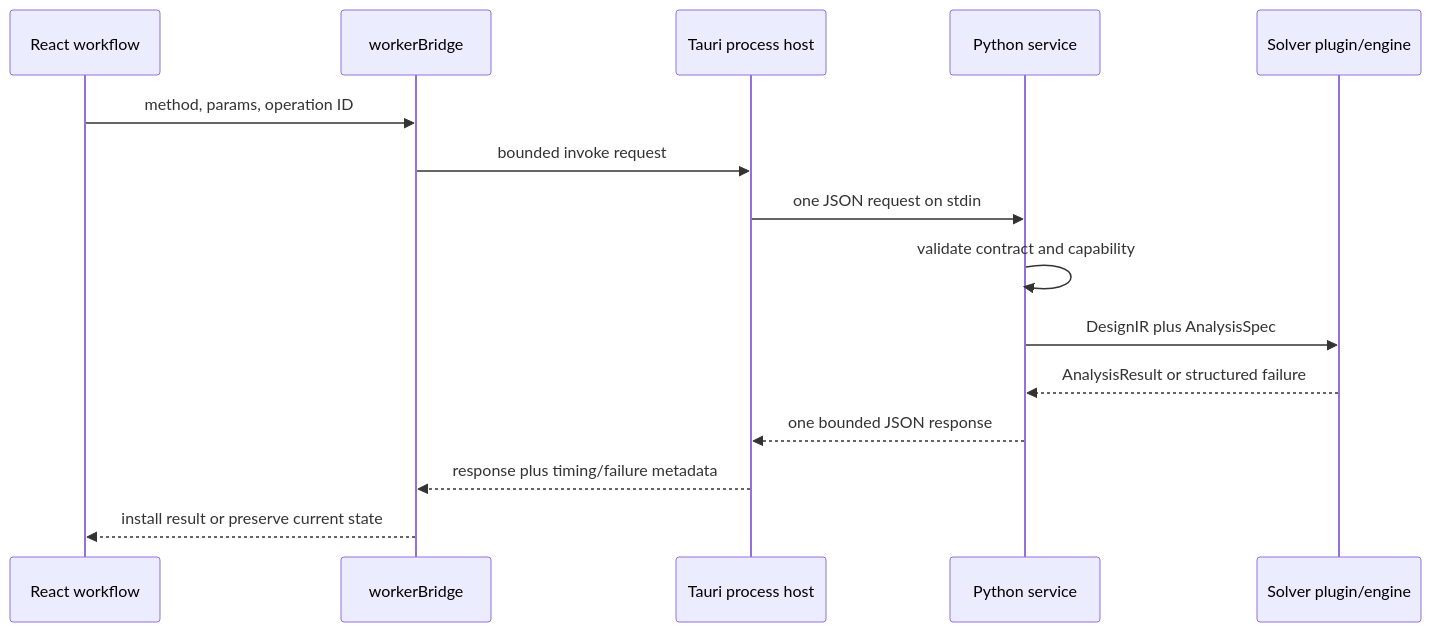
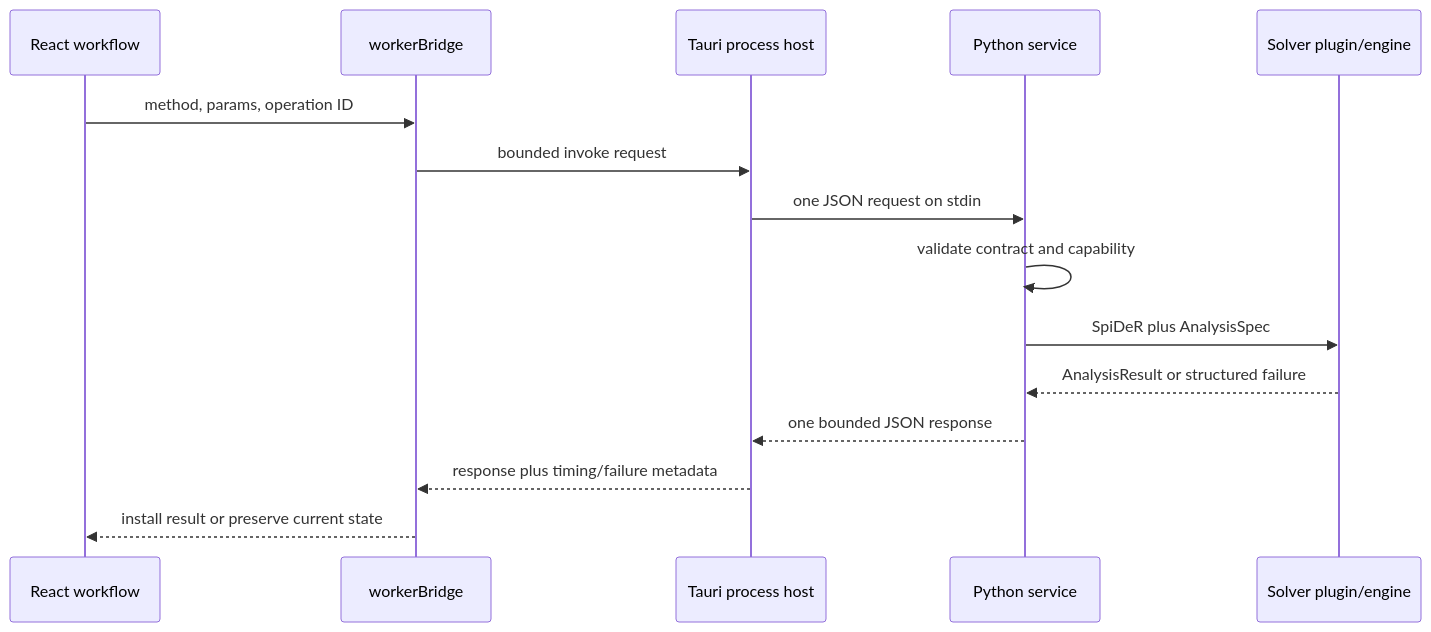
One commit to krishna-swaroop/SPIKE changed the second of 4 diagrams in ARCHITECTURE.md. Above: the diagram before and after it, drawn with Mermaid. The commit also changed other lines of this file and 523 other files, not shown here.

````diff
--- a/ARCHITECTURE.md
+++ b/ARCHITECTURE.md
@@ -112,17 +112,17 @@
 ```mermaid
 sequenceDiagram
     participant UI as React workflow
     participant Bridge as workerBridge
     participant Host as Tauri process host
     participant Worker as Python service
     participant Solver as Solver plugin/engine
     UI->>Bridge: method, params, operation ID
     Bridge->>Host: bounded invoke request
     Host->>Worker: one JSON request on stdin
     Worker->>Worker: validate contract and capability
-    Worker->>Solver: DesignIR plus AnalysisSpec
+    Worker->>Solver: SpiDeR plus AnalysisSpec
     Solver-->>Worker: AnalysisResult or structured failure
     Worker-->>Host: one bounded JSON response
     Host-->>Bridge: response plus timing/failure metadata
     Bridge-->>UI: install result or preserve current state
 ```
````
